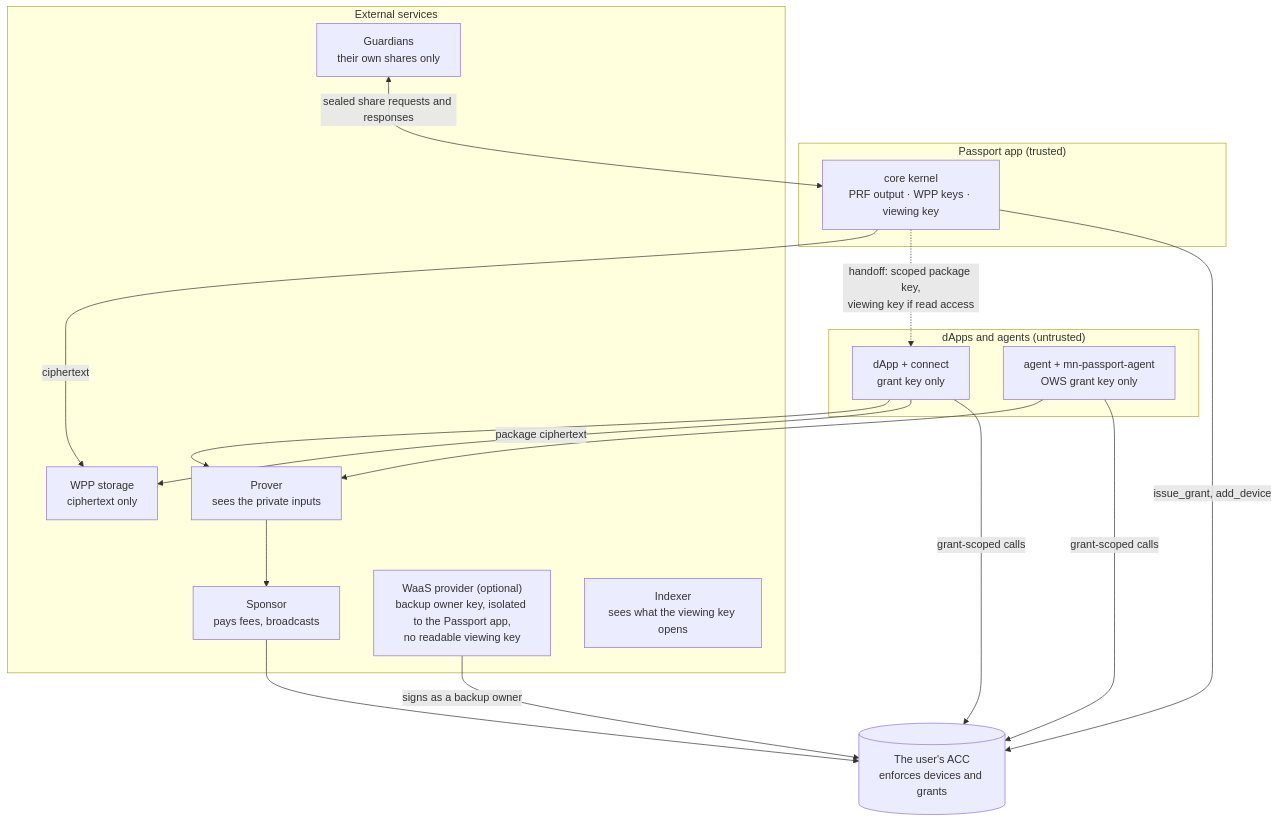
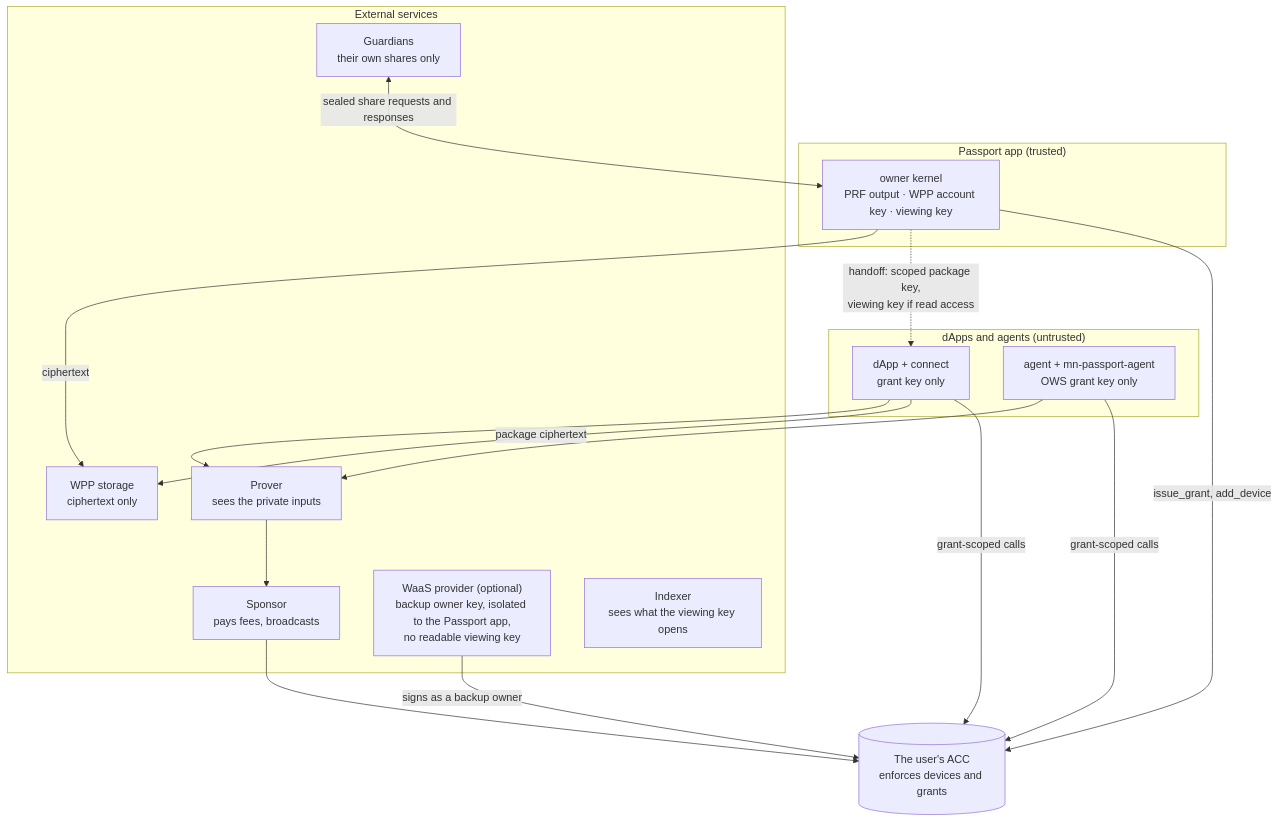
The diagram in docs/architecture.md (midnightntwrk/midnight-passport-sdk), drawn with Mermaid before and after one commit. The commit also changed other lines of this file and 13 other files, not shown here.

First line of the commit message:
docs: rename the packages to owner and core, and share the WPP client

````diff
--- a/docs/architecture.md
+++ b/docs/architecture.md
@@ -289,32 +298,32 @@
 ```mermaid
 flowchart TB
   subgraph APP["Passport app (trusted)"]
-    KERNEL["core kernel<br/>PRF output · WPP keys · viewing key"]
+    KERNEL["owner kernel<br/>PRF output · WPP account key · viewing key"]
   end
   subgraph CLIENTS["dApps and agents (untrusted)"]
     DAPP["dApp + connect<br/>grant key only"]
     AGENT["agent + mn-passport-agent<br/>OWS grant key only"]
   end
   subgraph EXT["External services"]
     PROVER["Prover<br/>sees the private inputs"]
     SPONSOR["Sponsor<br/>pays fees, broadcasts"]
     WAAS["WaaS provider (optional)<br/>backup owner key, isolated to the Passport app,<br/>no readable viewing key"]
     WPP["WPP storage<br/>ciphertext only"]
     IDX["Indexer<br/>sees what the viewing key opens"]
     GUARD["Guardians<br/>their own shares only"]
   end
   ACC[("The user's ACC<br/>enforces devices and grants")]
 
   KERNEL -->|"issue_grant, add_device"| ACC
   KERNEL -.->|"handoff: scoped package key,<br/>viewing key if read access"| DAPP
   KERNEL -->|"ciphertext"| WPP
   DAPP -->|"grant-scoped calls"| ACC
   AGENT -->|"grant-scoped calls"| ACC
   DAPP -->|"package ciphertext"| WPP
   GUARD <-->|"sealed share requests and responses"| KERNEL
   DAPP --> PROVER
   AGENT --> PROVER
   PROVER --> SPONSOR
   SPONSOR --> ACC
   WAAS -->|"signs as a backup owner"| ACC
 ```
````
